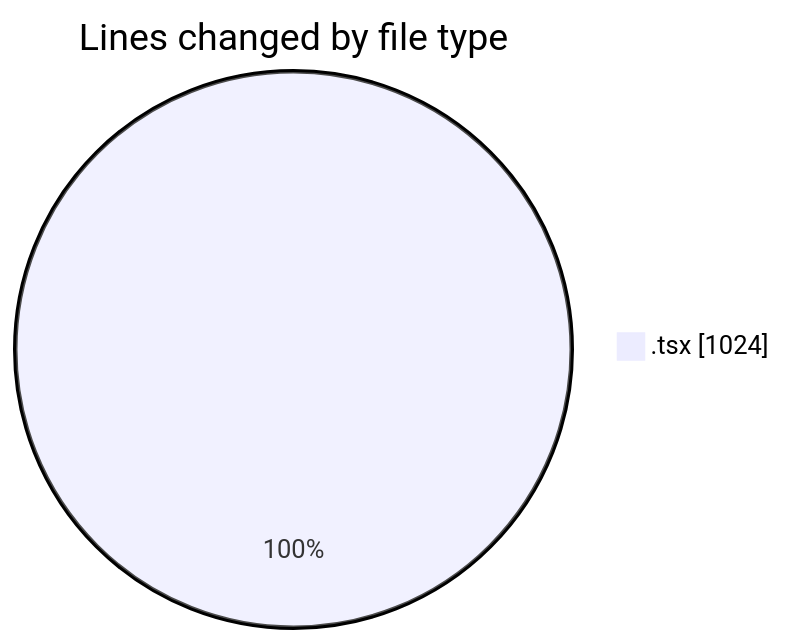
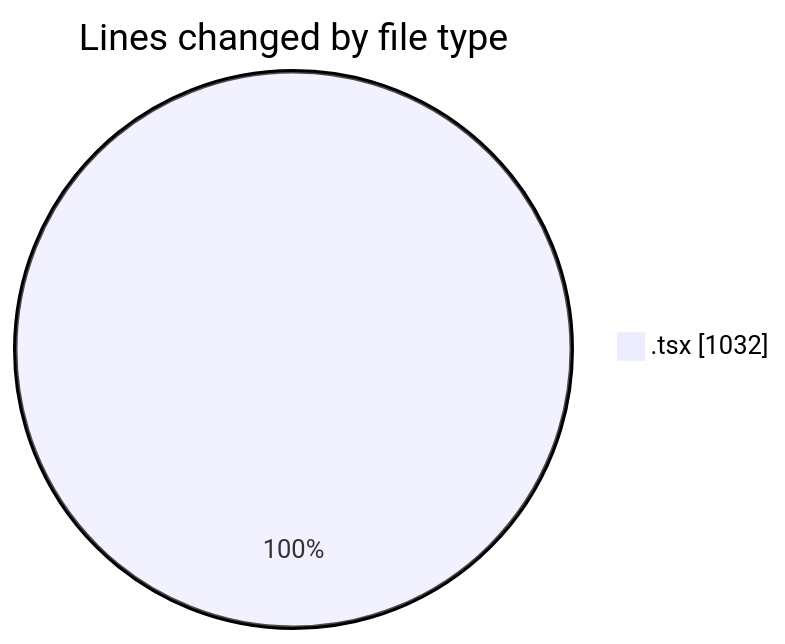
One commit to momahboobian/code-tracking changed the first of 2 diagrams in 2025-11-20/cda/README.md. Above: the diagram before and after it, drawn with Mermaid. The commit also changed other lines of this file and 1 other file, not shown here.

````diff
--- a/2025-11-20/cda/README.md
+++ b/2025-11-20/cda/README.md
@@ -21,5 +21,5 @@
 ```mermaid
 pie showData
 title Lines changed by file type
-".tsx" : 1024
+".tsx" : 1032
 ```
````
